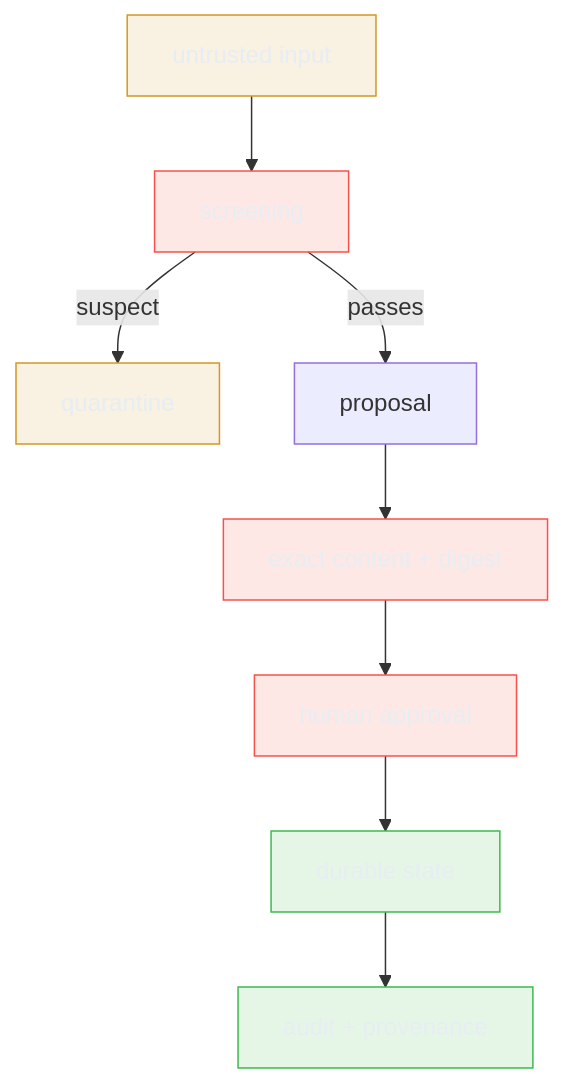
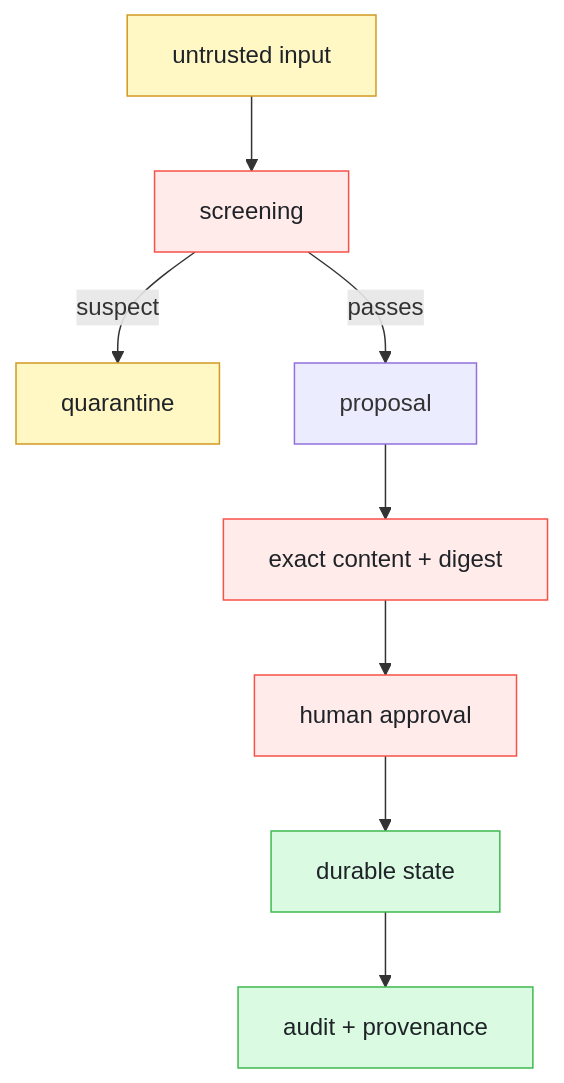
Before and after one commit to markfietje/brain-server: the third of 4 diagrams in README.md, drawn with Mermaid. The commit also changed other lines of this file, not shown here.

Commit message:
docs: fix README mermaid node text — opaque light fills + dark fg for light-mode legibility

````diff
--- a/README.md
+++ b/README.md
@@ -223,19 +223,19 @@
 ```mermaid
 flowchart TD
     A["untrusted input"] --> B["screening"]
     B -->|"suspect"| Q["quarantine"]
     B -->|"passes"| C["proposal"]
     C --> D["exact content + digest"]
     D --> E["human approval"]
     E --> F["durable state"]
     F --> G["audit + provenance"]
 
-    classDef input fill:#d2992222,stroke:#d29922,color:#e6edf3
-    classDef gate fill:#f8514922,stroke:#f85149,color:#e6edf3
-    classDef ok fill:#3fb95022,stroke:#3fb950,color:#e6edf3
-    classDef warn fill:#d2992222,stroke:#d29922,color:#e6edf3
+    classDef input fill:#fff8c5,stroke:#d29922,color:#1f2328
+    classDef gate fill:#ffebe9,stroke:#f85149,color:#1f2328
+    classDef ok fill:#dafbe1,stroke:#3fb950,color:#1f2328
+    classDef warn fill:#fff8c5,stroke:#d29922,color:#1f2328
     class A input
     class B,D,E gate
     class F,G ok
     class Q warn
 ```
````
